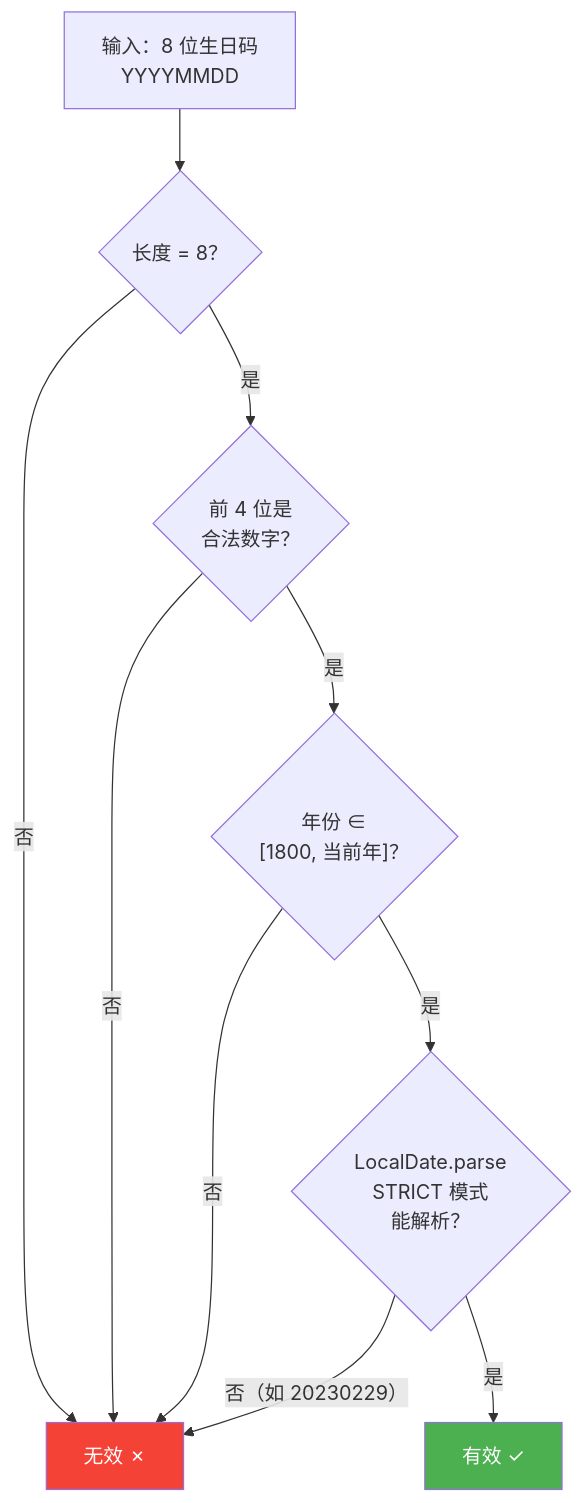
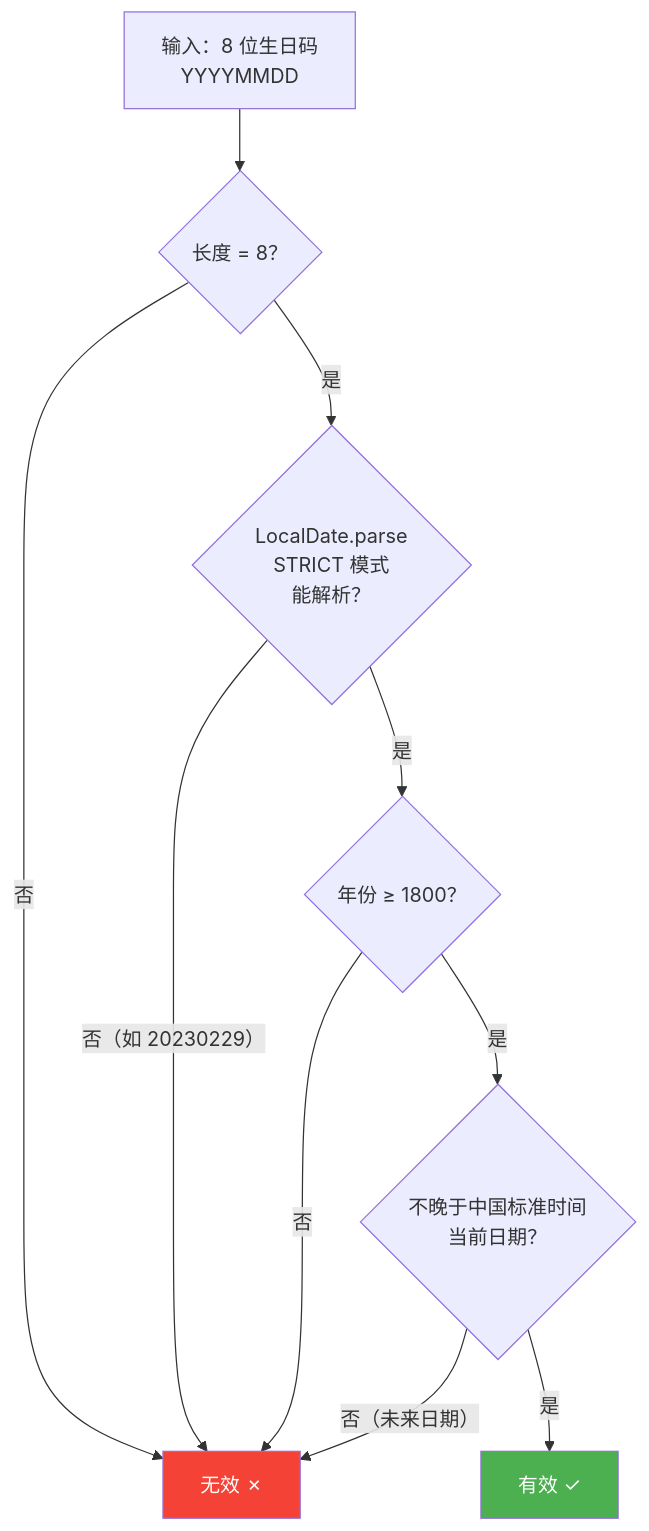
Before and after one commit to fangfengxiang/chinese-id-validator: the fifth of 12 diagrams in docs/identity-number-domain.md, drawn with Mermaid. The commit also changed other lines of this file and 9 other files, not shown here.

````diff
--- a/docs/identity-number-domain.md
+++ b/docs/identity-number-domain.md
@@ -294,15 +296,15 @@
 ```mermaid
 graph TD
     Start["输入：8 位生日码<br/>YYYYMMDD"] --> Q1{"长度 = 8？"}
     Q1 -->|"否"| Fail["无效 ✗"]
-    Q1 -->|"是"| Q2{"前 4 位是<br/>合法数字？"}
-    Q2 -->|"否"| Fail
-    Q2 -->|"是"| Q3{"年份 ∈<br/>[1800, 当前年]？"}
+    Q1 -->|"是"| Q2{"LocalDate.parse<br/>STRICT 模式<br/>能解析？"}
+    Q2 -->|"否（如 20230229）"| Fail
+    Q2 -->|"是"| Q3{"年份 ≥ 1800？"}
     Q3 -->|"否"| Fail
-    Q3 -->|"是"| Q4{"LocalDate.parse<br/>STRICT 模式<br/>能解析？"}
-    Q4 -->|"否（如 20230229）"| Fail
+    Q3 -->|"是"| Q4{"不晚于中国标准时间<br/>当前日期？"}
+    Q4 -->|"否（未来日期）"| Fail
     Q4 -->|"是"| Pass["有效 ✓"]
 
     style Pass fill:#4CAF50,color:#fff
     style Fail fill:#f44336,color:#fff
 ```
````
